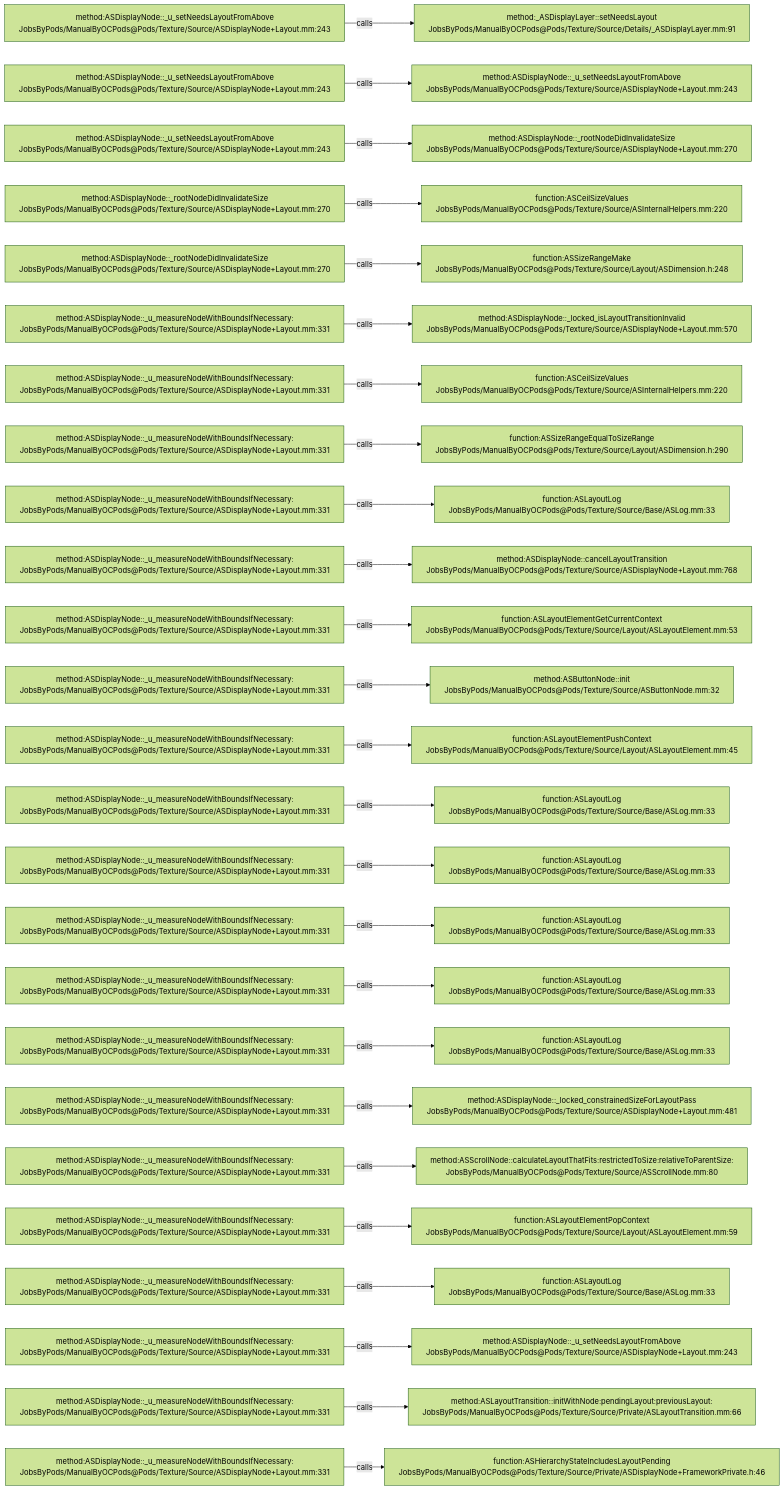
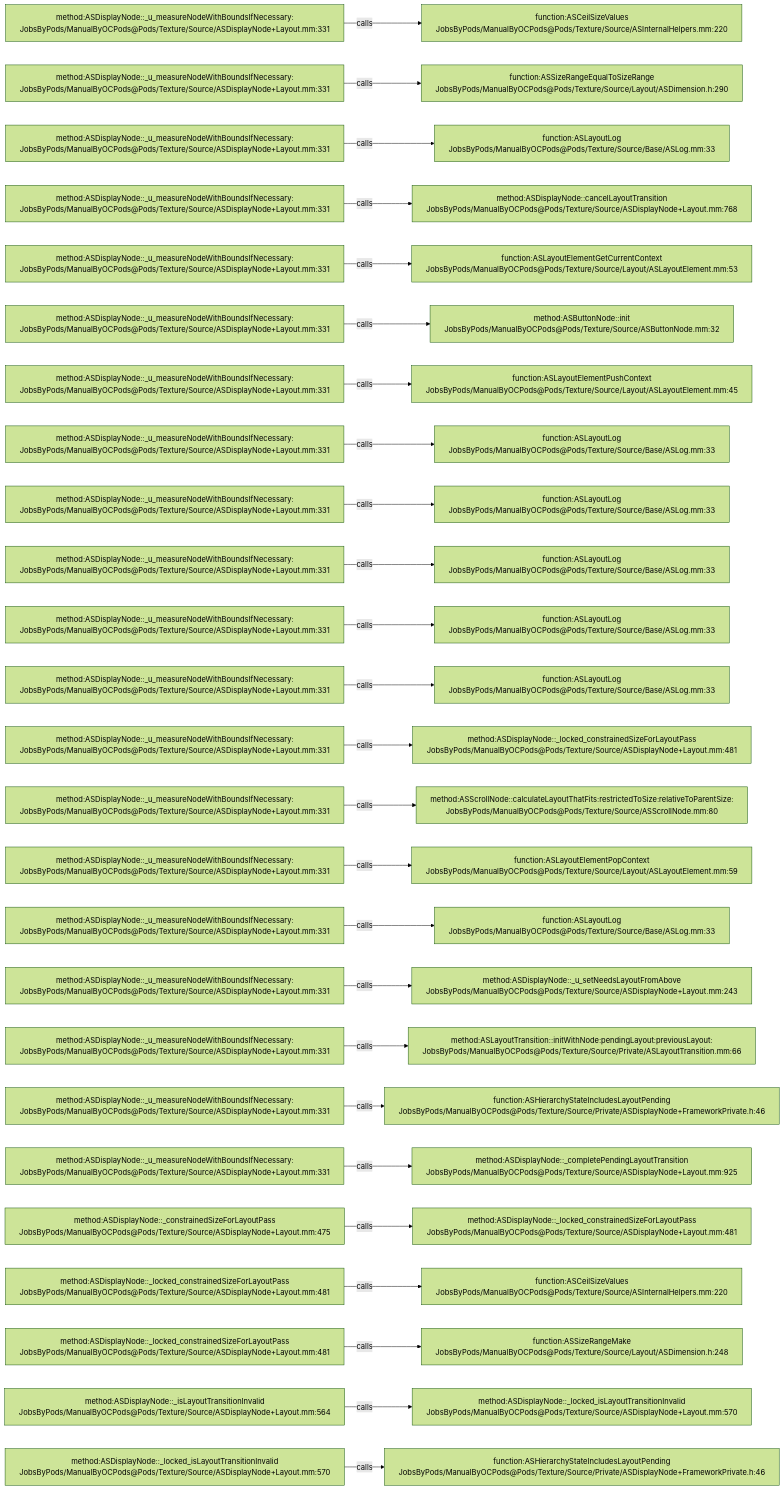
Before and after one commit to JobsKits/JobsOCBaseConfigDemo: the diagram in .codegraph/codegraph.md/graphs/calls-083.md, drawn with Mermaid (forest theme). The commit also changed 666 other files, not shown here.

````diff
--- a/.codegraph/codegraph.md/graphs/calls-083.md
+++ b/.codegraph/codegraph.md/graphs/calls-083.md
@@ -13,78 +13,78 @@
 ```mermaid
 flowchart LR
-  S1["method:ASDisplayNode::_u_setNeedsLayoutFromAbove<br/>JobsByPods/ManualByOCPods@Pods/Texture/Source/ASDisplayNode+Layout.mm:243"]
-  T1["method:_ASDisplayLayer::setNeedsLayout<br/>JobsByPods/ManualByOCPods@Pods/Texture/Source/Details/_ASDisplayLayer.mm:91"]
+  S1["method:ASDisplayNode::_u_measureNodeWithBoundsIfNecessary:<br/>JobsByPods/ManualByOCPods@Pods/Texture/Source/ASDisplayNode+Layout.mm:331"]
+  T1["function:ASCeilSizeValues<br/>JobsByPods/ManualByOCPods@Pods/Texture/Source/ASInternalHelpers.mm:220"]
   S1 -->|calls| T1
-  S2["method:ASDisplayNode::_u_setNeedsLayoutFromAbove<br/>JobsByPods/ManualByOCPods@Pods/Texture/Source/ASDisplayNode+Layout.mm:243"]
-  T2["method:ASDisplayNode::_u_setNeedsLayoutFromAbove<br/>JobsByPods/ManualByOCPods@Pods/Texture/Source/ASDisplayNode+Layout.mm:243"]
+  S2["method:ASDisplayNode::_u_measureNodeWithBoundsIfNecessary:<br/>JobsByPods/ManualByOCPods@Pods/Texture/Source/ASDisplayNode+Layout.mm:331"]
+  T2["function:ASSizeRangeEqualToSizeRange<br/>JobsByPods/ManualByOCPods@Pods/Texture/Source/Layout/ASDimension.h:290"]
   S2 -->|calls| T2
-  S3["method:ASDisplayNode::_u_setNeedsLayoutFromAbove<br/>JobsByPods/ManualByOCPods@Pods/Texture/Source/ASDisplayNode+Layout.mm:243"]
-  T3["method:ASDisplayNode::_rootNodeDidInvalidateSize<br/>JobsByPods/ManualByOCPods@Pods/Texture/Source/ASDisplayNode+Layout.mm:270"]
+  S3["method:ASDisplayNode::_u_measureNodeWithBoundsIfNecessary:<br/>JobsByPods/ManualByOCPods@Pods/Texture/Source/ASDisplayNode+Layout.mm:331"]
+  T3["function:ASLayoutLog<br/>JobsByPods/ManualByOCPods@Pods/Texture/Source/Base/ASLog.mm:33"]
   S3 -->|calls| T3
-  S4["method:ASDisplayNode::_rootNodeDidInvalidateSize<br/>JobsByPods/ManualByOCPods@Pods/Texture/Source/ASDisplayNode+Layout.mm:270"]
-  T4["function:ASCeilSizeValues<br/>JobsByPods/ManualByOCPods@Pods/Texture/Source/ASInternalHelpers.mm:220"]
+  S4["method:ASDisplayNode::_u_measureNodeWithBoundsIfNecessary:<br/>JobsByPods/ManualByOCPods@Pods/Texture/Source/ASDisplayNode+Layout.mm:331"]
+  T4["method:ASDisplayNode::cancelLayoutTransition<br/>JobsByPods/ManualByOCPods@Pods/Texture/Source/ASDisplayNode+Layout.mm:768"]
   S4 -->|calls| T4
-  S5["method:ASDisplayNode::_rootNodeDidInvalidateSize<br/>JobsByPods/ManualByOCPods@Pods/Texture/Source/ASDisplayNode+Layout.mm:270"]
-  T5["function:ASSizeRangeMake<br/>JobsByPods/ManualByOCPods@Pods/Texture/Source/Layout/ASDimension.h:248"]
+  S5["method:ASDisplayNode::_u_measureNodeWithBoundsIfNecessary:<br/>JobsByPods/ManualByOCPods@Pods/Texture/Source/ASDisplayNode+Layout.mm:331"]
+  T5["function:ASLayoutElementGetCurrentContext<br/>JobsByPods/ManualByOCPods@Pods/Texture/Source/Layout/ASLayoutElement.mm:53"]
   S5 -->|calls| T5
   S6["method:ASDisplayNode::_u_measureNodeWithBoundsIfNecessary:<br/>JobsByPods/ManualByOCPods@Pods/Texture/Source/ASDisplayNode+Layout.mm:331"]
-  T6["method:ASDisplayNode::_locked_isLayoutTransitionInvalid<br/>JobsByPods/ManualByOCPods@Pods/Texture/Source/ASDisplayNode+Layout.mm:570"]
+  T6["method:ASButtonNode::init<br/>JobsByPods/ManualByOCPods@Pods/Texture/Source/ASButtonNode.mm:32"]
   S6 -->|calls| T6
   S7["method:ASDisplayNode::_u_measureNodeWithBoundsIfNecessary:<br/>JobsByPods/ManualByOCPods@Pods/Texture/Source/ASDisplayNode+Layout.mm:331"]
-  T7["function:ASCeilSizeValues<br/>JobsByPods/ManualByOCPods@Pods/Texture/Source/ASInternalHelpers.mm:220"]
+  T7["function:ASLayoutElementPushContext<br/>JobsByPods/ManualByOCPods@Pods/Texture/Source/Layout/ASLayoutElement.mm:45"]
   S7 -->|calls| T7
   S8["method:ASDisplayNode::_u_measureNodeWithBoundsIfNecessary:<br/>JobsByPods/ManualByOCPods@Pods/Texture/Source/ASDisplayNode+Layout.mm:331"]
-  T8["function:ASSizeRangeEqualToSizeRange<br/>JobsByPods/ManualByOCPods@Pods/Texture/Source/Layout/ASDimension.h:290"]
+  T8["function:ASLayoutLog<br/>JobsByPods/ManualByOCPods@Pods/Texture/Source/Base/ASLog.mm:33"]
   S8 -->|calls| T8
   S9["method:ASDisplayNode::_u_measureNodeWithBoundsIfNecessary:<br/>JobsByPods/ManualByOCPods@Pods/Texture/Source/ASDisplayNode+Layout.mm:331"]
   T9["function:ASLayoutLog<br/>JobsByPods/ManualByOCPods@Pods/Texture/Source/Base/ASLog.mm:33"]
   S9 -->|calls| T9
   S10["method:ASDisplayNode::_u_measureNodeWithBoundsIfNecessary:<br/>JobsByPods/ManualByOCPods@Pods/Texture/Source/ASDisplayNode+Layout.mm:331"]
-  T10["method:ASDisplayNode::cancelLayoutTransition<br/>JobsByPods/ManualByOCPods@Pods/Texture/Source/ASDisplayNode+Layout.mm:768"]
+  T10["function:ASLayoutLog<br/>JobsByPods/ManualByOCPods@Pods/Texture/Source/Base/ASLog.mm:33"]
   S10 -->|calls| T10
   S11["method:ASDisplayNode::_u_measureNodeWithBoundsIfNecessary:<br/>JobsByPods/ManualByOCPods@Pods/Texture/Source/ASDisplayNode+Layout.mm:331"]
-  T11["function:ASLayoutElementGetCurrentContext<br/>JobsByPods/ManualByOCPods@Pods/Texture/Source/Layout/ASLayoutElement.mm:53"]
+  T11["function:ASLayoutLog<br/>JobsByPods/ManualByOCPods@Pods/Texture/Source/Base/ASLog.mm:33"]
   S11 -->|calls| T11
   S12["method:ASDisplayNode::_u_measureNodeWithBoundsIfNecessary:<br/>JobsByPods/ManualByOCPods@Pods/Texture/Source/ASDisplayNode+Layout.mm:331"]
-  T12["method:ASButtonNode::init<br/>JobsByPods/ManualByOCPods@Pods/Texture/Source/ASButtonNode.mm:32"]
+  T12["function:ASLayoutLog<br/>JobsByPods/ManualByOCPods@Pods/Texture/Source/Base/ASLog.mm:33"]
   S12 -->|calls| T12
   S13["method:ASDisplayNode::_u_measureNodeWithBoundsIfNecessary:<br/>JobsByPods/ManualByOCPods@Pods/Texture/Source/ASDisplayNode+Layout.mm:331"]
-  T13["function:ASLayoutElementPushContext<br/>JobsByPods/ManualByOCPods@Pods/Texture/Source/Layout/ASLayoutElement.mm:45"]
+  T13["method:ASDisplayNode::_locked_constrainedSizeForLayoutPass<br/>JobsByPods/ManualByOCPods@Pods/Texture/Source/ASDisplayNode+Layout.mm:481"]
   S13 -->|calls| T13
   S14["method:ASDisplayNode::_u_measureNodeWithBoundsIfNecessary:<br/>JobsByPods/ManualByOCPods@Pods/Texture/Source/ASDisplayNode+Layout.mm:331"]
-  T14["function:ASLayoutLog<br/>JobsByPods/ManualByOCPods@Pods/Texture/Source/Base/ASLog.mm:33"]
+  T14["method:ASScrollNode::calculateLayoutThatFits:restrictedToSize:relativeToParentSize:<br/>JobsByPods/ManualByOCPods@Pods/Texture/Source/ASScrollNode.mm:80"]
   S14 -->|calls| T14
   S15["method:ASDisplayNode::_u_measureNodeWithBoundsIfNecessary:<br/>JobsByPods/ManualByOCPods@Pods/Texture/Source/ASDisplayNode+Layout.mm:331"]
-  T15["function:ASLayoutLog<br/>JobsByPods/ManualByOCPods@Pods/Texture/Source/Base/ASLog.mm:33"]
+  T15["function:ASLayoutElementPopContext<br/>JobsByPods/ManualByOCPods@Pods/Texture/Source/Layout/ASLayoutElement.mm:59"]
   S15 -->|calls| T15
   S16["method:ASDisplayNode::_u_measureNodeWithBoundsIfNecessary:<br/>JobsByPods/ManualByOCPods@Pods/Texture/Source/ASDisplayNode+Layout.mm:331"]
   T16["function:ASLayoutLog<br/>JobsByPods/ManualByOCPods@Pods/Texture/Source/Base/ASLog.mm:33"]
   S16 -->|calls| T16
   S17["method:ASDisplayNode::_u_measureNodeWithBoundsIfNecessary:<br/>JobsByPods/ManualByOCPods@Pods/Texture/Source/ASDisplayNode+Layout.mm:331"]
-  T17["function:ASLayoutLog<br/>JobsByPods/ManualByOCPods@Pods/Texture/Source/Base/ASLog.mm:33"]
+  T17["method:ASDisplayNode::_u_setNeedsLayoutFromAbove<br/>JobsByPods/ManualByOCPods@Pods/Texture/Source/ASDisplayNode+Layout.mm:243"]
   S17 -->|calls| T17
   S18["method:ASDisplayNode::_u_measureNodeWithBoundsIfNecessary:<br/>JobsByPods/ManualByOCPods@Pods/Texture/Source/ASDisplayNode+Layout.mm:331"]
-  T18["function:ASLayoutLog<br/>JobsByPods/ManualByOCPods@Pods/Texture/Source/Base/ASLog.mm:33"]
+  T18["method:ASLayoutTransition::initWithNode:pendingLayout:previousLayout:<br/>JobsByPods/ManualByOCPods@Pods/Texture/Source/Private/ASLayoutTransition.mm:66"]
   S18 -->|calls| T18
   S19["method:ASDisplayNode::_u_measureNodeWithBoundsIfNecessary:<br/>JobsByPods/ManualByOCPods@Pods/Texture/Source/ASDisplayNode+Layout.mm:331"]
-  T19["method:ASDisplayNode::_locked_constrainedSizeForLayoutPass<br/>JobsByPods/ManualByOCPods@Pods/Texture/Source/ASDisplayNode+Layout.mm:481"]
+  T19["function:ASHierarchyStateIncludesLayoutPending<br/>JobsByPods/ManualByOCPods@Pods/Texture/Source/Private/ASDisplayNode+FrameworkPrivate.h:46"]
   S19 -->|calls| T19
   S20["method:ASDisplayNode::_u_measureNodeWithBoundsIfNecessary:<br/>JobsByPods/ManualByOCPods@Pods/Texture/Source/ASDisplayNode+Layout.mm:331"]
-  T20["method:ASScrollNode::calculateLayoutThatFits:restrictedToSize:relativeToParentSize:<br/>JobsByPods/ManualByOCPods@Pods/Texture/Source/ASScrollNode.mm:80"]
+  T20["method:ASDisplayNode::_completePendingLayoutTransition<br/>JobsByPods/ManualByOCPods@Pods/Texture/Source/ASDisplayNode+Layout.mm:925"]
   S20 -->|calls| T20
-  S21["method:ASDisplayNode::_u_measureNodeWithBoundsIfNecessary:<br/>JobsByPods/ManualByOCPods@Pods/Texture/Source/ASDisplayNode+Layout.mm:331"]
-  T21["function:ASLayoutElementPopContext<br/>JobsByPods/ManualByOCPods@Pods/Texture/Source/Layout/ASLayoutElement.mm:59"]
+  S21["method:ASDisplayNode::_constrainedSizeForLayoutPass<br/>JobsByPods/ManualByOCPods@Pods/Texture/Source/ASDisplayNode+Layout.mm:475"]
+  T21["method:ASDisplayNode::_locked_constrainedSizeForLayoutPass<br/>JobsByPods/ManualByOCPods@Pods/Texture/Source/ASDisplayNode+Layout.mm:481"]
   S21 -->|calls| T21
-  S22["method:ASDisplayNode::_u_measureNodeWithBoundsIfNecessary:<br/>JobsByPods/ManualByOCPods@Pods/Texture/Source/ASDisplayNode+Layout.mm:331"]
-  T22["function:ASLayoutLog<br/>JobsByPods/ManualByOCPods@Pods/Texture/Source/Base/ASLog.mm:33"]
+  S22["method:ASDisplayNode::_locked_constrainedSizeForLayoutPass<br/>JobsByPods/ManualByOCPods@Pods/Texture/Source/ASDisplayNode+Layout.mm:481"]
+  T22["function:ASCeilSizeValues<br/>JobsByPods/ManualByOCPods@Pods/Texture/Source/ASInternalHelpers.mm:220"]
   S22 -->|calls| T22
-  S23["method:ASDisplayNode::_u_measureNodeWithBoundsIfNecessary:<br/>JobsByPods/ManualByOCPods@Pods/Texture/Source/ASDisplayNode+Layout.mm:331"]
-  T23["method:ASDisplayNode::_u_setNeedsLayoutFromAbove<br/>JobsByPods/ManualByOCPods@Pods/Texture/Source/ASDisplayNode+Layout.mm:243"]
+  S23["method:ASDisplayNode::_locked_constrainedSizeForLayoutPass<br/>JobsByPods/ManualByOCPods@Pods/Texture/Source/ASDisplayNode+Layout.mm:481"]
+  T23["function:ASSizeRangeMake<br/>JobsByPods/ManualByOCPods@Pods/Texture/Source/Layout/ASDimension.h:248"]
   S23 -->|calls| T23
-  S24["method:ASDisplayNode::_u_measureNodeWithBoundsIfNecessary:<br/>JobsByPods/ManualByOCPods@Pods/Texture/Source/ASDisplayNode+Layout.mm:331"]
-  T24["method:ASLayoutTransition::initWithNode:pendingLayout:previousLayout:<br/>JobsByPods/ManualByOCPods@Pods/Texture/Source/Private/ASLayoutTransition.mm:66"]
+  S24["method:ASDisplayNode::_isLayoutTransitionInvalid<br/>JobsByPods/ManualByOCPods@Pods/Texture/Source/ASDisplayNode+Layout.mm:564"]
+  T24["method:ASDisplayNode::_locked_isLayoutTransitionInvalid<br/>JobsByPods/ManualByOCPods@Pods/Texture/Source/ASDisplayNode+Layout.mm:570"]
   S24 -->|calls| T24
-  S25["method:ASDisplayNode::_u_measureNodeWithBoundsIfNecessary:<br/>JobsByPods/ManualByOCPods@Pods/Texture/Source/ASDisplayNode+Layout.mm:331"]
+  S25["method:ASDisplayNode::_locked_isLayoutTransitionInvalid<br/>JobsByPods/ManualByOCPods@Pods/Texture/Source/ASDisplayNode+Layout.mm:570"]
   T25["function:ASHierarchyStateIncludesLayoutPending<br/>JobsByPods/ManualByOCPods@Pods/Texture/Source/Private/ASDisplayNode+FrameworkPrivate.h:46"]
   S25 -->|calls| T25
 ```
````
